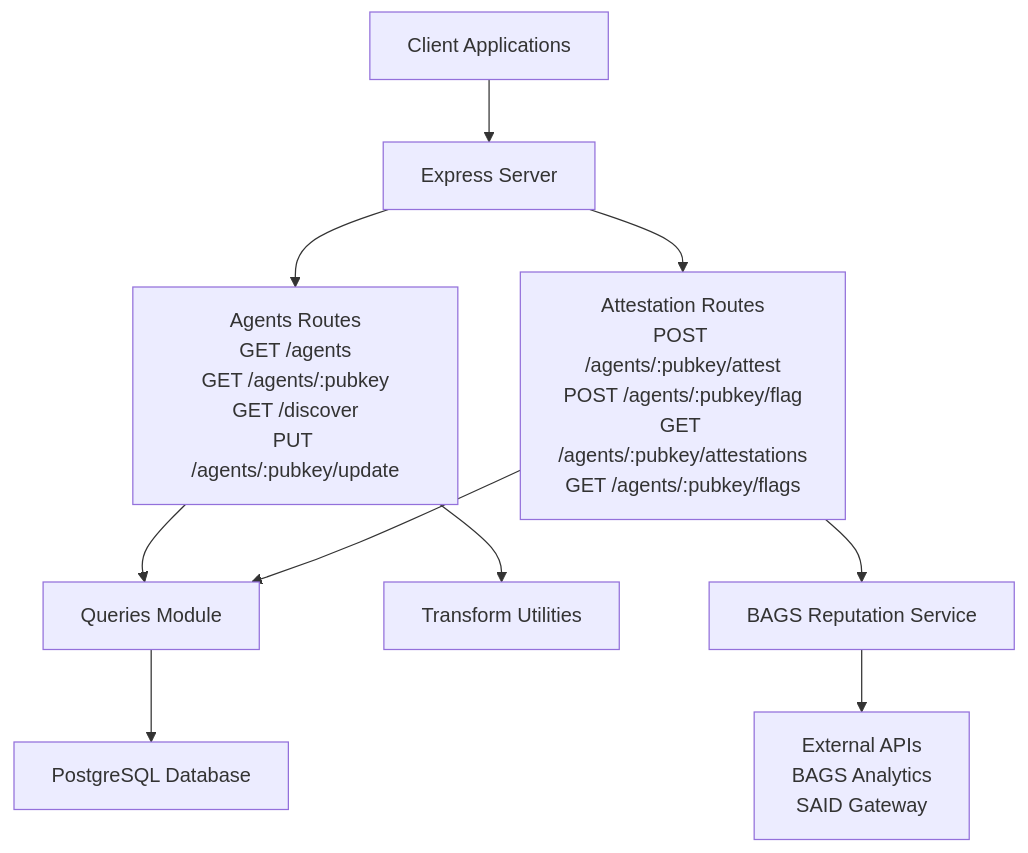
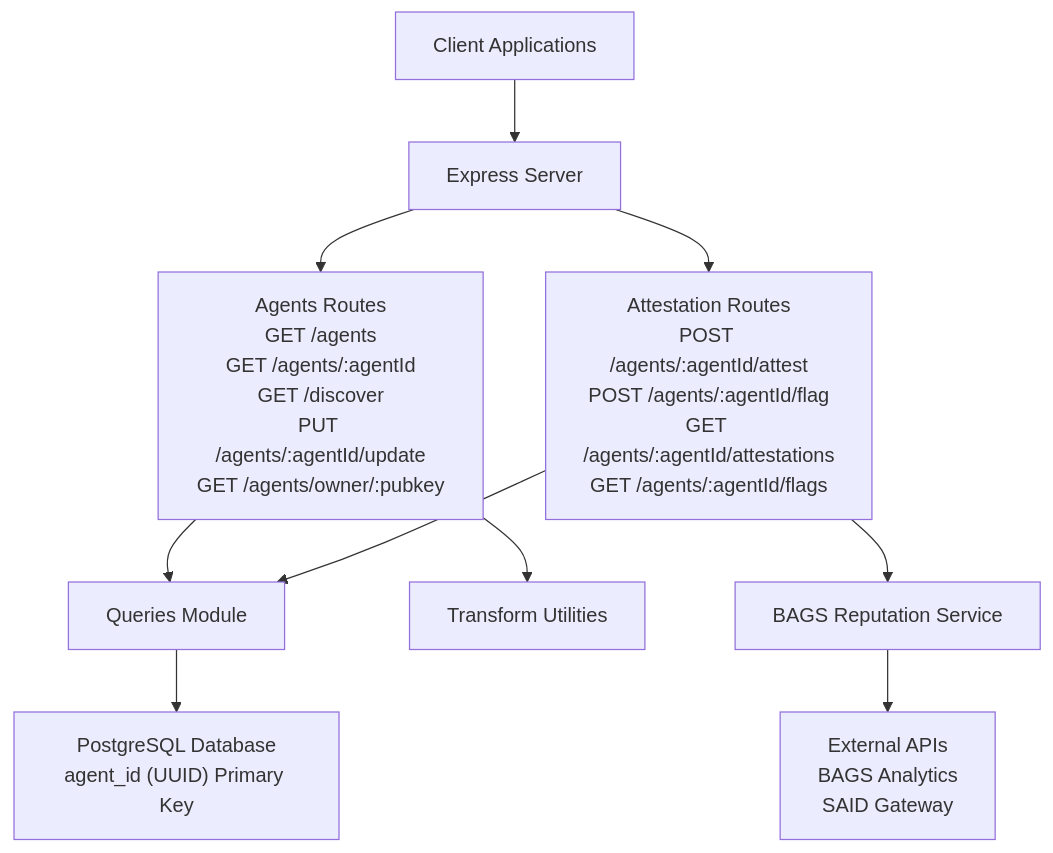
The first of 10 diagrams in .qoder/repowiki/en/content/Backend API Reference/Discovery & Registry Endpoints.md (RunTimeAdmin/AgentID), drawn with Mermaid before and after one commit. The commit also changed other lines of this file and 31 other files, not shown here.

````diff
--- a/.qoder/repowiki/en/content/Backend API Reference/Discovery & Registry Endpoints.md
+++ b/.qoder/repowiki/en/content/Backend API Reference/Discovery & Registry Endpoints.md
@@ -47,12 +60,12 @@
 ```mermaid
 graph TB
 Client["Client Applications"] --> Express["Express Server"]
-Express --> AgentsRoutes["Agents Routes<br/>GET /agents<br/>GET /agents/:pubkey<br/>GET /discover<br/>PUT /agents/:pubkey/update"]
-Express --> AttestRoutes["Attestation Routes<br/>POST /agents/:pubkey/attest<br/>POST /agents/:pubkey/flag<br/>GET /agents/:pubkey/attestations<br/>GET /agents/:pubkey/flags"]
+Express --> AgentsRoutes["Agents Routes<br/>GET /agents<br/>GET /agents/:agentId<br/>GET /discover<br/>PUT /agents/:agentId/update<br/>GET /agents/owner/:pubkey"]
+Express --> AttestRoutes["Attestation Routes<br/>POST /agents/:agentId/attest<br/>POST /agents/:agentId/flag<br/>GET /agents/:agentId/attestations<br/>GET /agents/:agentId/flags"]
 AgentsRoutes --> Queries["Queries Module"]
 AttestRoutes --> Queries
-Queries --> DB["PostgreSQL Database"]
+Queries --> DB["PostgreSQL Database<br/>agent_id (UUID) Primary Key"]
 AgentsRoutes --> Transform["Transform Utilities"]
 AttestRoutes --> Reputation["BAGS Reputation Service"]
 Reputation --> ExternalAPIs["External APIs<br/>BAGS Analytics<br/>SAID Gateway"]
 ```
````
